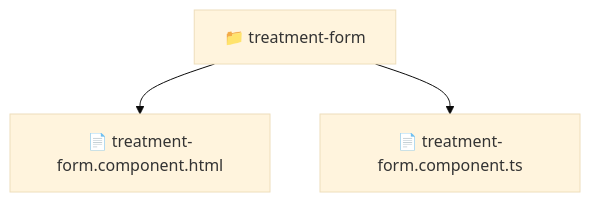
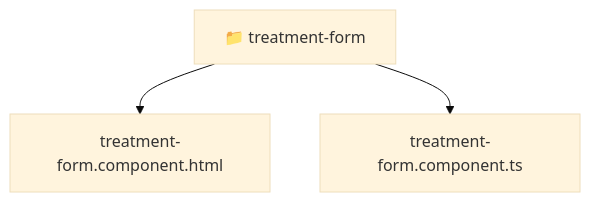
One commit to beginwebdev2002/fullstack-mavluda changed the diagram in frontend/src/pages/treatments/components/treatment-form/README.md. Above: the diagram before and after it, drawn with Mermaid (base theme). The commit also changed other lines of this file and 167 other files, not shown here.

````diff
--- a/frontend/src/pages/treatments/components/treatment-form/README.md
+++ b/frontend/src/pages/treatments/components/treatment-form/README.md
@@ -11,6 +11,8 @@
 ```mermaid
 graph TD
-  Root["📁 treatment-form"]
-  Root --> treatment_form_component_html["📄 treatment-form.component.html"]
-  Root --> treatment_form_component_ts["📄 treatment-form.component.ts"]
+  Root_treatment_form["📁 treatment-form"]
+  f_treatment_form_component_html["treatment-form.component.html"]
+  Root_treatment_form --> f_treatment_form_component_html
+  f_treatment_form_component_ts["treatment-form.component.ts"]
+  Root_treatment_form --> f_treatment_form_component_ts
 ```
````
